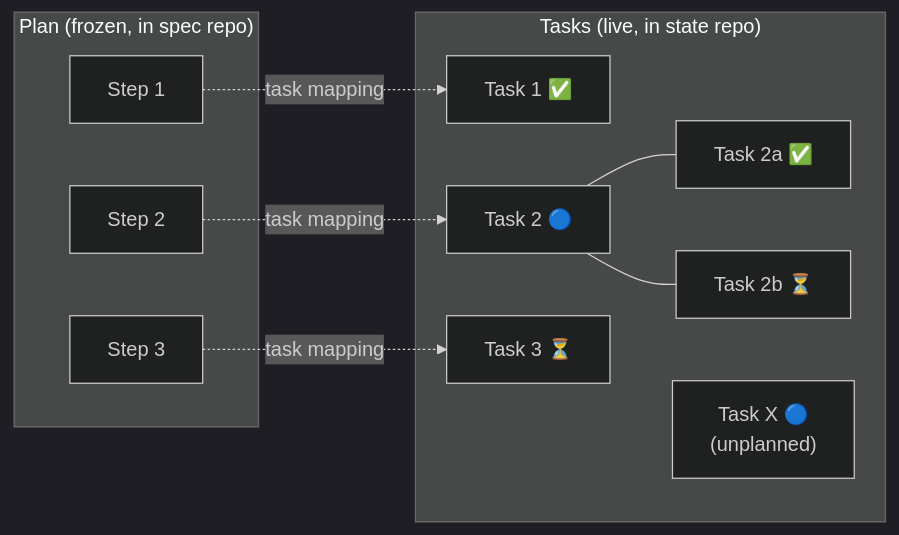
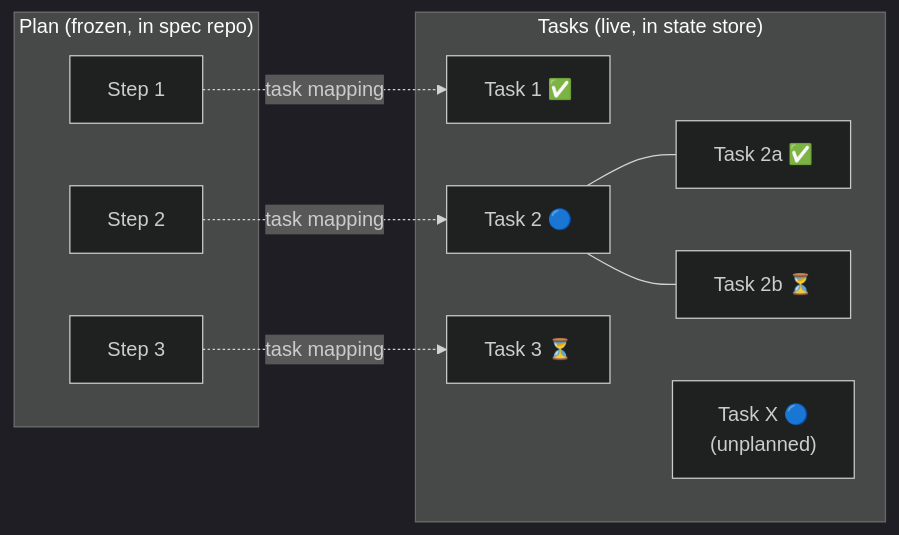
The fifth of 6 diagrams in spec/architecture/spec-to-execution.md (synchestra-io/synchestra), drawn with Mermaid (dark theme) before and after one commit. The commit also changed 2 other files, not shown here.

Commit message:
docs: update conceptual "state repo" references to "state store"
Replaces "state repo" with "state store" in places where the text
refers to the abstract concept of where coordination state lives,
not the specific git repository implementation. Git-specific
references (cloning, pushing, committing) are left unchanged.

````diff
--- a/spec/architecture/spec-to-execution.md
+++ b/spec/architecture/spec-to-execution.md
@@ -151,23 +151,23 @@
 ```mermaid
 graph LR
     subgraph "Plan (frozen, in spec repo)"
         S1["Step 1"]
         S2["Step 2"]
         S3["Step 3"]
     end
 
-    subgraph "Tasks (live, in state repo)"
+    subgraph "Tasks (live, in state store)"
         T1["Task 1 ✅"]
         T2["Task 2 🔵"]
         T2a["Task 2a ✅"]
         T2b["Task 2b ⏳"]
         T3["Task 3 ⏳"]
         TX["Task X 🔵<br/>(unplanned)"]
     end
 
     S1 -.->|task mapping| T1
     S2 -.->|task mapping| T2
     T2 --- T2a
     T2 --- T2b
     S3 -.->|task mapping| T3
 ```
````
